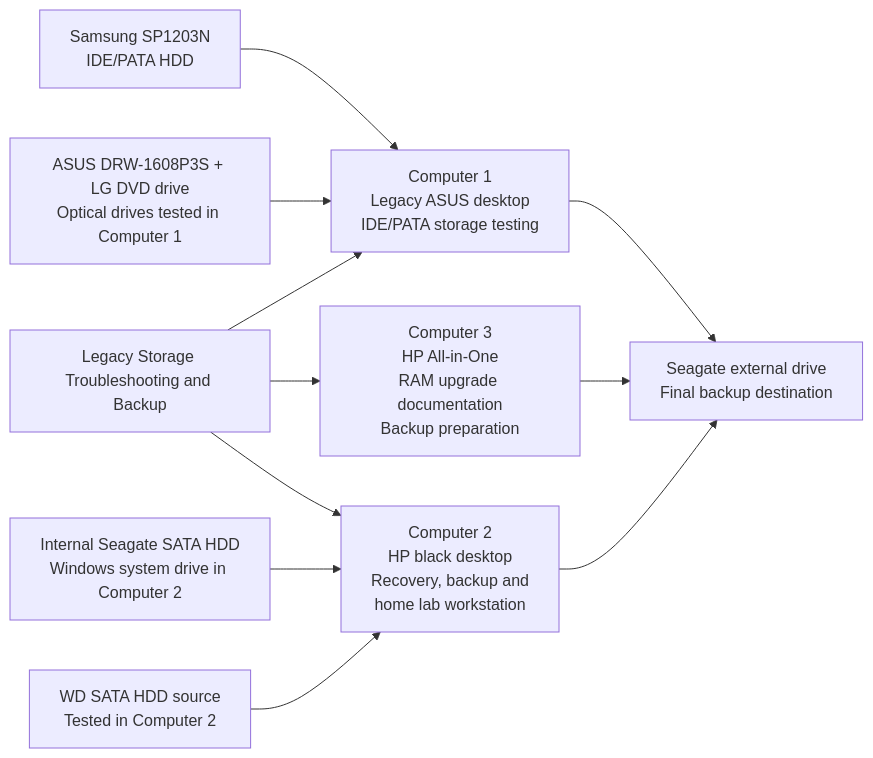
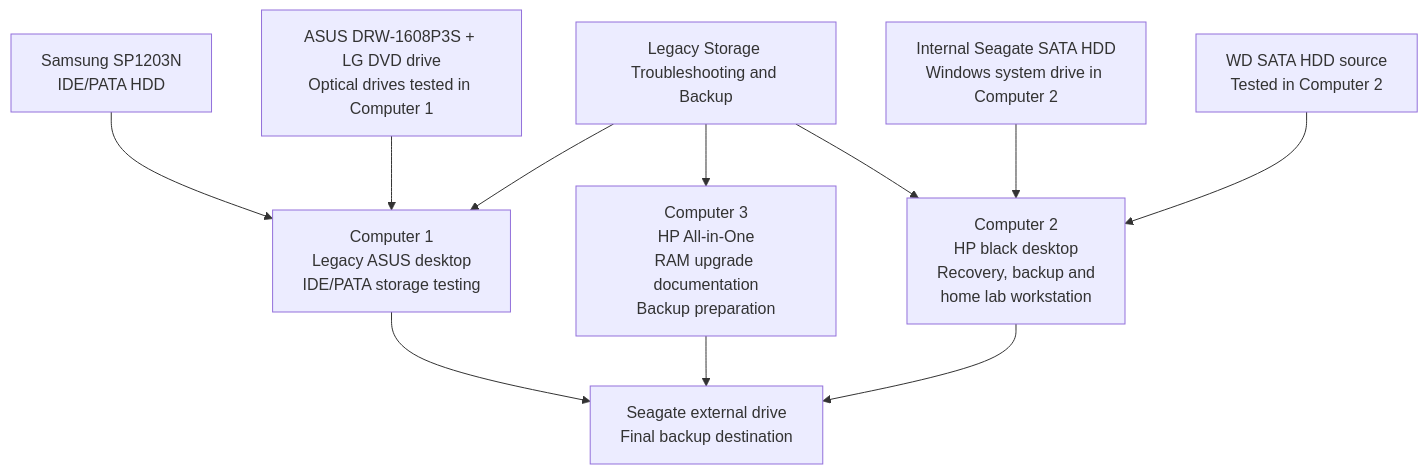
One commit to aang81a/my-it-support-portfolio changed the first of 5 diagrams in PROJECTS/07-home-lab-documentation/diagrams/lab-environment-overview.md. Above: the diagram before and after it, drawn with Mermaid.

````diff
--- a/PROJECTS/07-home-lab-documentation/diagrams/lab-environment-overview.md
+++ b/PROJECTS/07-home-lab-documentation/diagrams/lab-environment-overview.md
@@ -9,33 +9,33 @@
 ```mermaid
-flowchart LR
+flowchart TB
 
     TITLE["Legacy Storage Troubleshooting and Backup"]
 
     Samsung["Samsung SP1203N<br/>IDE/PATA HDD"]
     Optical["ASUS DRW-1608P3S + LG DVD drive<br/>Optical drives tested in Computer 1"]
 
     C1["Computer 1<br/>Legacy ASUS desktop<br/>IDE/PATA storage testing"]
 
     C3["Computer 3<br/>HP All-in-One<br/>RAM upgrade documentation<br/>Backup preparation"]
 
     InternalSeagate["Internal Seagate SATA HDD<br/>Windows system drive in Computer 2"]
     WD["WD SATA HDD source<br/>Tested in Computer 2"]
 
     C2["Computer 2<br/>HP black desktop<br/>Recovery, backup and<br/>home lab workstation"]
 
     ExternalSeagate["Seagate external drive<br/>Final backup destination"]
 
     TITLE --> C1
     TITLE --> C3
     TITLE --> C2
 
     Samsung --> C1
     Optical --> C1
 
     InternalSeagate --> C2
     WD --> C2
 
     C1 --> ExternalSeagate
     C3 --> ExternalSeagate
     C2 --> ExternalSeagate
 ```
````
